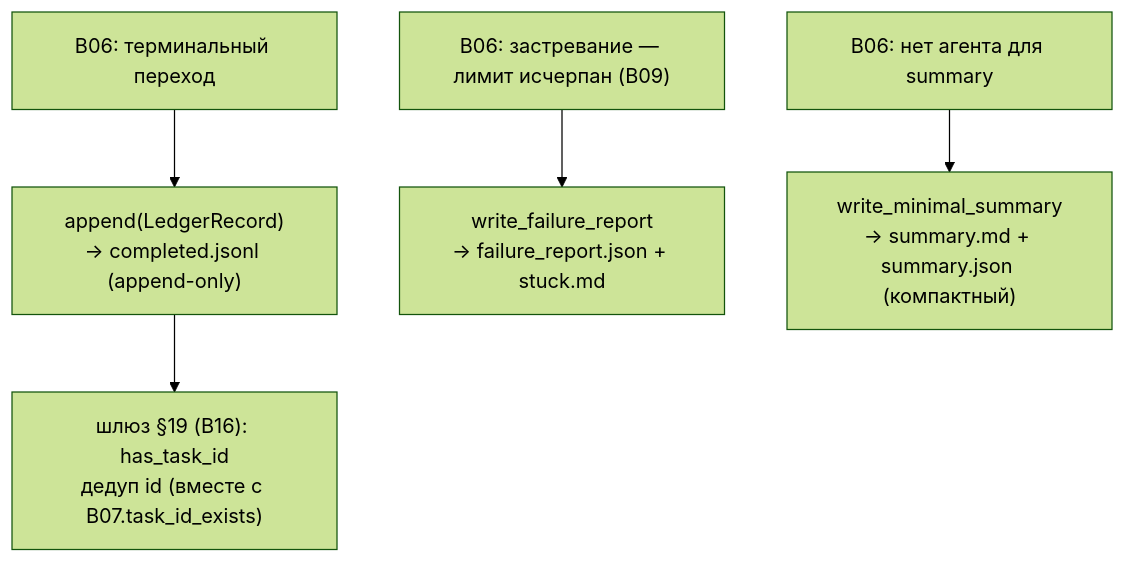
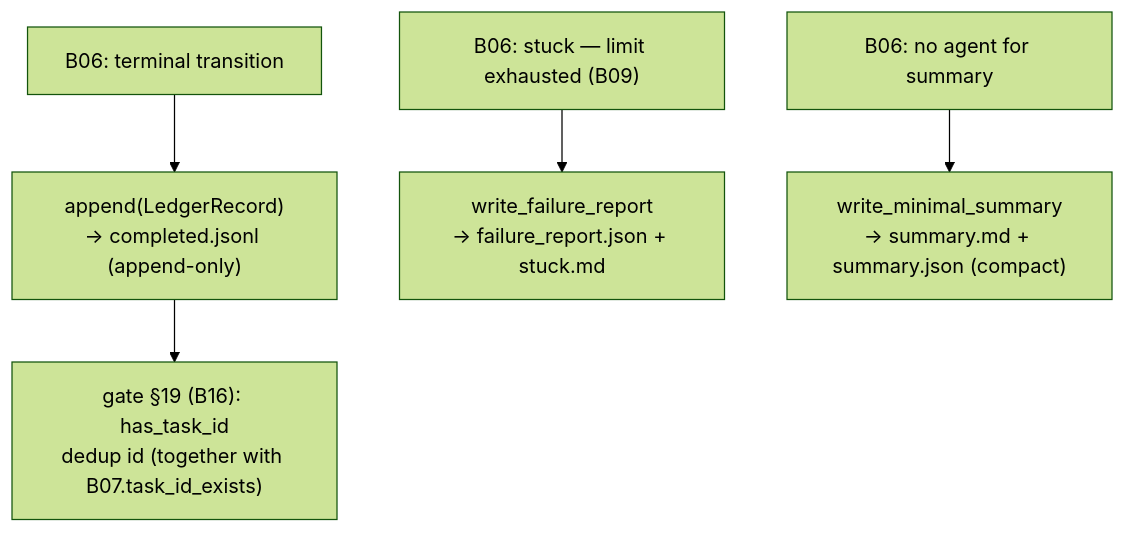
The diagram in docs/functional/blocks/B08-ledger-and-failure-reports.md (VladimirMakarevich/wastech-orchestrator), drawn with Mermaid (forest theme) before and after one commit. The commit also changed other lines of this file and 41 other files, not shown here.

Commit message:
docs: translate system flows documentation from Russian to English, ensuring clarity and consistency in terminology. Update sequence diagrams and flowcharts to reflect the changes in language. Maintain the structure and references to blocks for ease of navigation.

````diff
--- a/docs/functional/blocks/B08-ledger-and-failure-reports.md
+++ b/docs/functional/blocks/B08-ledger-and-failure-reports.md
@@ -45,7 +45,7 @@
 ```mermaid
 flowchart TB
-    term["B06: терминальный переход"] --> append["append(LedgerRecord)<br/>→ completed.jsonl (append-only)"]
-    stuck["B06: застревание — лимит исчерпан (B09)"] --> fr["write_failure_report<br/>→ failure_report.json + stuck.md"]
-    nosum["B06: нет агента для summary"] --> ms["write_minimal_summary<br/>→ summary.md + summary.json (компактный)"]
-    append --> dedup["шлюз §19 (B16): has_task_id<br/>дедуп id (вместе с B07.task_id_exists)"]
+    term["B06: terminal transition"] --> append["append(LedgerRecord)<br/>→ completed.jsonl (append-only)"]
+    stuck["B06: stuck — limit exhausted (B09)"] --> fr["write_failure_report<br/>→ failure_report.json + stuck.md"]
+    nosum["B06: no agent for summary"] --> ms["write_minimal_summary<br/>→ summary.md + summary.json (compact)"]
+    append --> dedup["gate §19 (B16): has_task_id<br/>dedup id (together with B07.task_id_exists)"]
 ```
````
